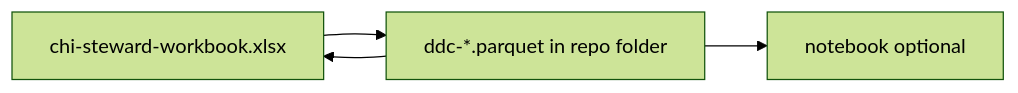
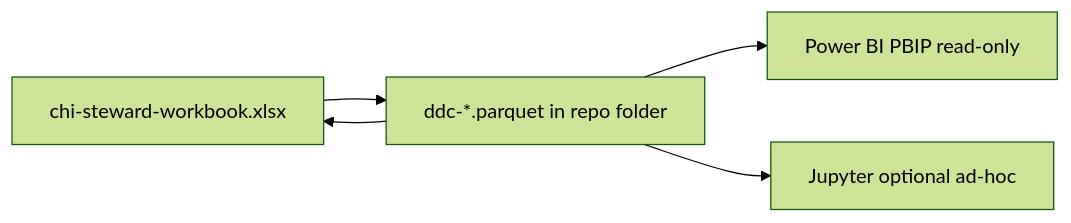
One commit to ajayprashar/chi-data-dictionary-catalog changed the diagram in docs/excel-workbook-guide.md. Above: the diagram before and after it, drawn with Mermaid (forest theme). The commit also changed other lines of this file and 65 other files, not shown here.

````diff
--- a/docs/excel-workbook-guide.md
+++ b/docs/excel-workbook-guide.md
@@ -25,10 +26,12 @@
 ```mermaid
 flowchart LR
     Steward["chi-steward-workbook.xlsx"]
     Parquet["ddc-*.parquet in repo folder"]
-    Notebook["notebook optional"]
+    PBI["Power BI PBIP read-only"]
+    Notebook["Jupyter optional ad-hoc"]
 
     Steward --> Parquet
     Parquet --> Steward
+    Parquet --> PBI
     Parquet --> Notebook
 ```
````
